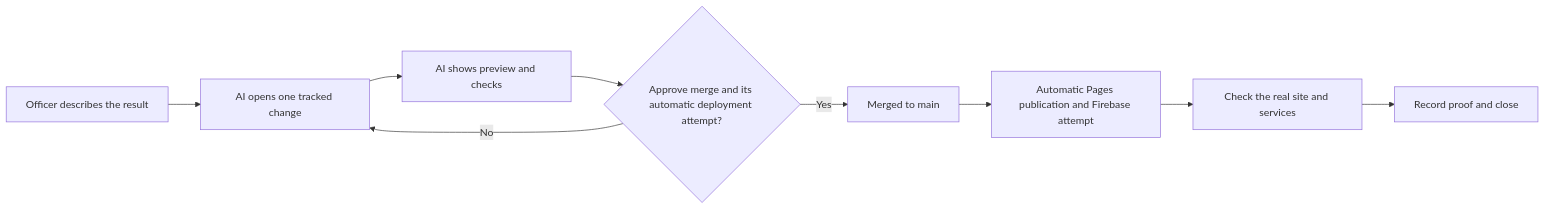
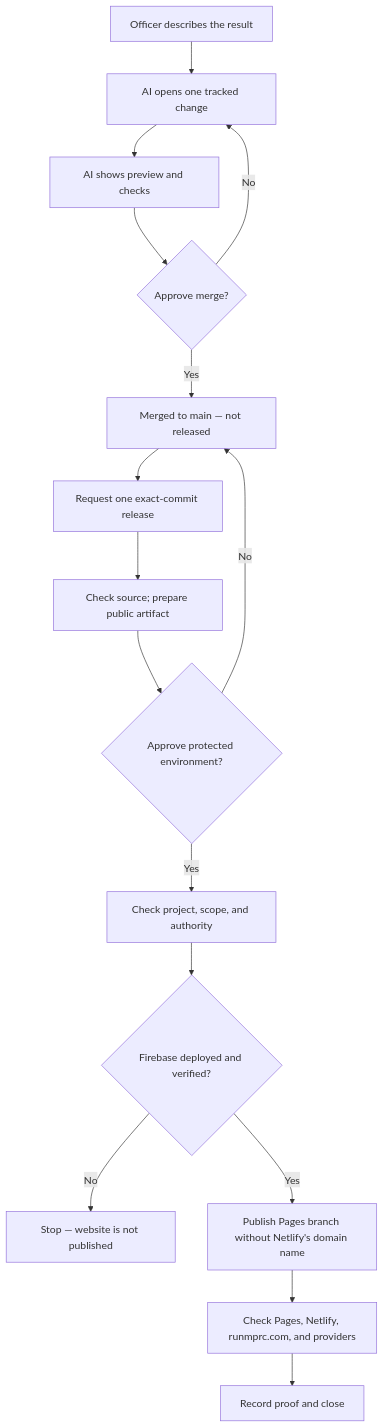
Before and after one commit to Run-MPRC/Run-MPRC.github.io: the diagram in docs/officers/README.md, drawn with Mermaid. The commit also changed other lines of this file and 25 other files, not shown here.

````diff
--- a/docs/officers/README.md
+++ b/docs/officers/README.md
@@ -9,11 +9,18 @@
 ```mermaid
-flowchart LR
+flowchart TD
     A["Officer describes the result"] --> B["AI opens one tracked change"]
     B --> C["AI shows preview and checks"]
-    C --> D{"Approve merge and its automatic deployment attempt?"}
+    C --> D{"Approve merge?"}
     D -- "No" --> B
-    D -- "Yes" --> E["Merged to main"]
-    E --> P["Automatic Pages publication and Firebase attempt"]
-    P --> F["Check the real site and services"]
+    D -- "Yes" --> E["Merged to main — not released"]
+    E --> Q["Request one exact-commit release"]
+    Q --> P["Check source; prepare public artifact"]
+    P --> R{"Approve protected environment?"}
+    R -- "No" --> E
+    R -- "Yes" --> V["Check project, scope, and authority"]
+    V --> H{"Firebase deployed and verified?"}
+    H -- "No" --> S["Stop — website is not published"]
+    H -- "Yes" --> W["Publish Pages branch without Netlify's domain name"]
+    W --> F["Check Pages, Netlify, runmprc.com, and providers"]
     F --> G["Record proof and close"]
 ```
````
